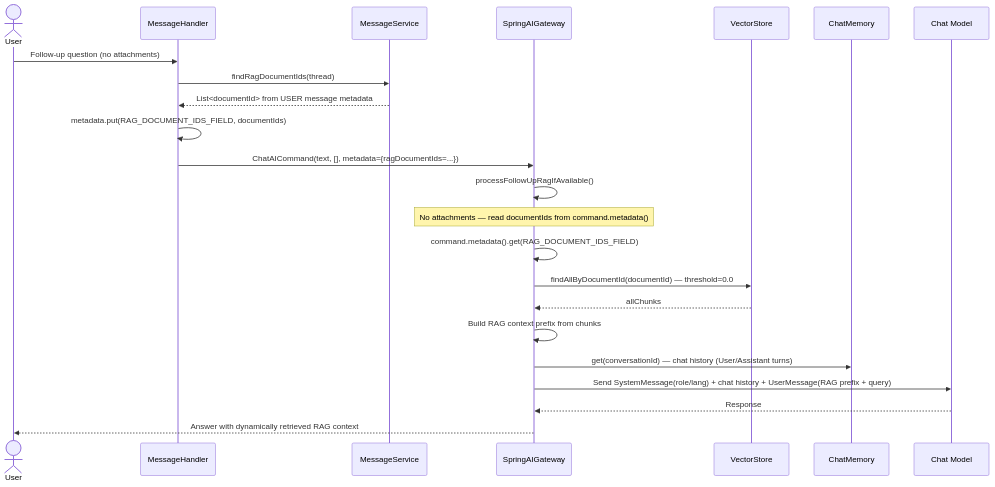
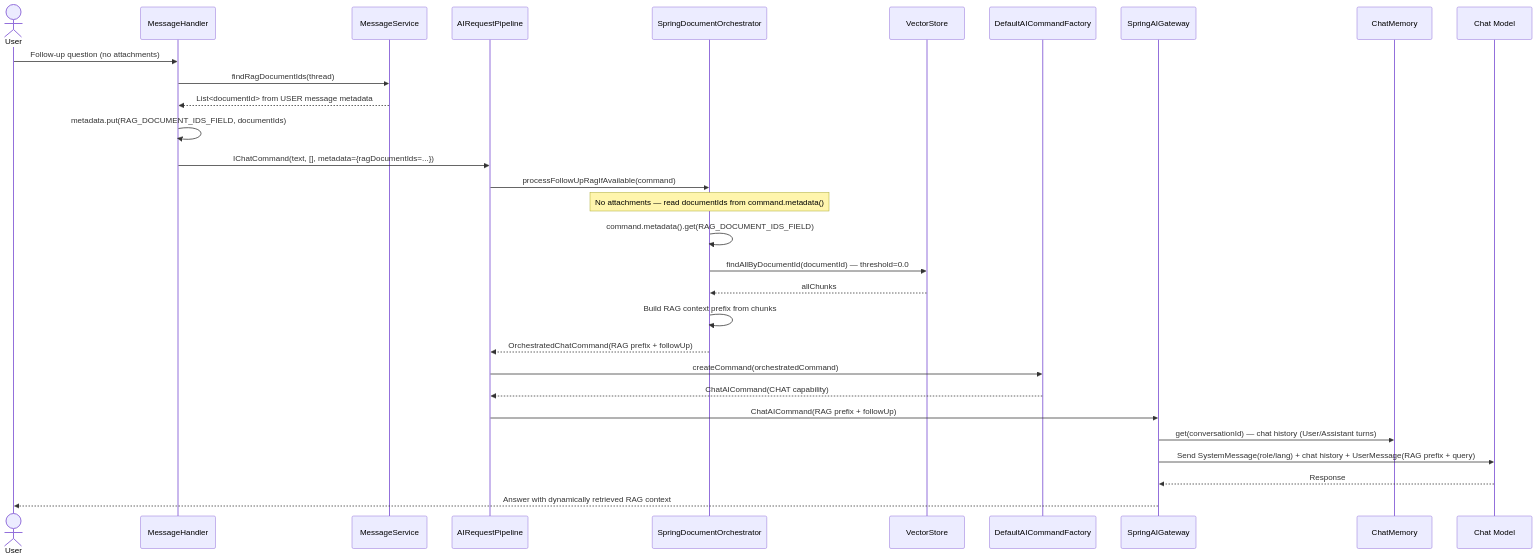
Before and after one commit to NGirchev/open-daimon: the third of 3 diagrams in docs/usecases/image-pdf-vision-cache.md, drawn with Mermaid. The commit also changed other lines of this file and 13 other files, not shown here.

````diff
--- a/docs/usecases/image-pdf-vision-cache.md
+++ b/docs/usecases/image-pdf-vision-cache.md
@@ -75,32 +114,42 @@
 ```mermaid
 sequenceDiagram
     actor User
     participant Handler as MessageHandler
     participant MS as MessageService
+    participant PL as AIRequestPipeline
+    participant OR as SpringDocumentOrchestrator
+    participant VS as VectorStore
+    participant CF as DefaultAICommandFactory
     participant GW as SpringAIGateway
-    participant VS as VectorStore
     participant Mem as ChatMemory
     participant Chat as Chat Model
 
     User->>Handler: Follow-up question (no attachments)
 
     Handler->>MS: findRagDocumentIds(thread)
     MS-->>Handler: List<documentId> from USER message metadata
 
     Handler->>Handler: metadata.put(RAG_DOCUMENT_IDS_FIELD, documentIds)
-    Handler->>GW: ChatAICommand(text, [], metadata={ragDocumentIds=...})
+    Handler->>PL: IChatCommand(text, [], metadata={ragDocumentIds=...})
 
-    GW->>GW: processFollowUpRagIfAvailable()
-    Note over GW: No attachments — read documentIds from command.metadata()
+    PL->>OR: processFollowUpRagIfAvailable(command)
+    Note over OR: No attachments — read documentIds from command.metadata()
 
-    GW->>GW: command.metadata().get(RAG_DOCUMENT_IDS_FIELD)
-    GW->>VS: findAllByDocumentId(documentId) — threshold=0.0
-    VS-->>GW: allChunks
+    OR->>OR: command.metadata().get(RAG_DOCUMENT_IDS_FIELD)
+    OR->>VS: findAllByDocumentId(documentId) — threshold=0.0
+    VS-->>OR: allChunks
 
-    GW->>GW: Build RAG context prefix from chunks
+    OR->>OR: Build RAG context prefix from chunks
+    OR-->>PL: OrchestratedChatCommand(RAG prefix + followUp)
+
+    PL->>CF: createCommand(orchestratedCommand)
+    CF-->>PL: ChatAICommand(CHAT capability)
+
+    PL->>GW: ChatAICommand(RAG prefix + followUp)
+
     GW->>Mem: get(conversationId) — chat history (User/Assistant turns)
 
     GW->>Chat: Send SystemMessage(role/lang) + chat history + UserMessage(RAG prefix + query)
     Chat-->>GW: Response
     GW-->>User: Answer with dynamically retrieved RAG context
 ```
````
